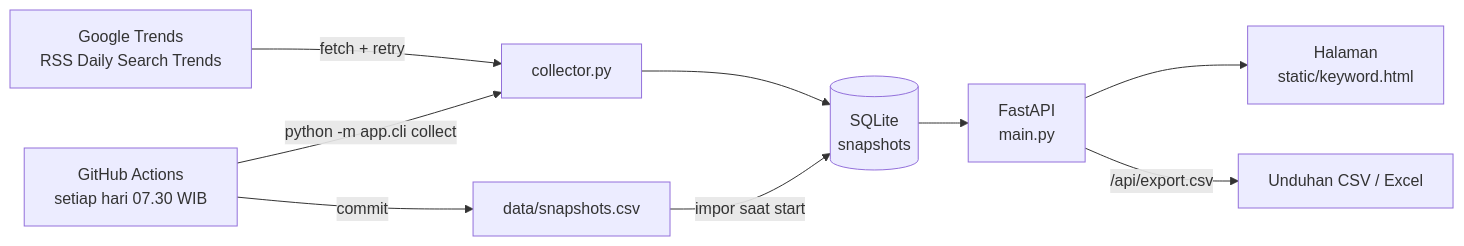
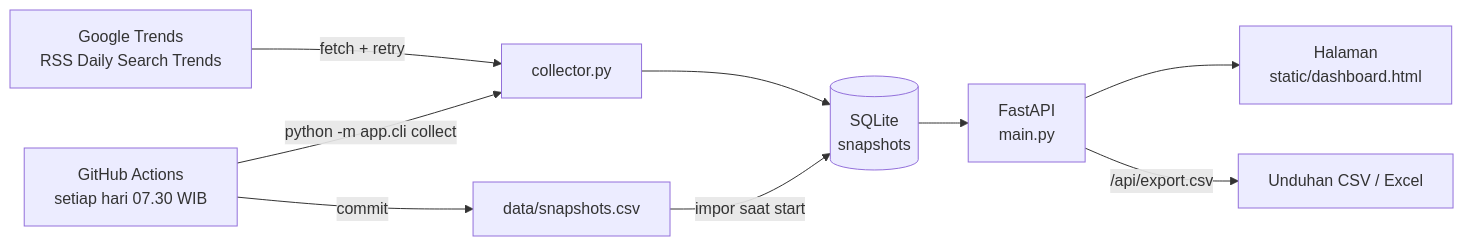
The first of 5 diagrams in docs/arsitektur.md (vtridz089/projek-google-trends), drawn with Mermaid before and after one commit. The commit also changed other lines of this file and 11 other files, not shown here.

First line of the commit message:
Pilih platform (15), dashboard per platform, berita Google Berita, riwayat keyword Dipakai/Tidak; hapus kolom permintaan, skor, tahap

````diff
--- a/docs/arsitektur.md
+++ b/docs/arsitektur.md
@@ -9,11 +9,11 @@
 ```mermaid
 flowchart LR
     G[Google Trends<br/>RSS Daily Search Trends] -->|fetch + retry| C[collector.py]
     C --> D[(SQLite<br/>snapshots)]
     A[GitHub Actions<br/>setiap hari 07.30 WIB] -->|python -m app.cli collect| C
     A -->|commit| F[data/snapshots.csv]
     F -->|impor saat start| D
     D --> API[FastAPI<br/>main.py]
-    API --> UI[Halaman<br/>static/keyword.html]
+    API --> UI[Halaman<br/>static/dashboard.html]
     API -->|/api/export.csv| X[Unduhan CSV / Excel]
 ```
````
